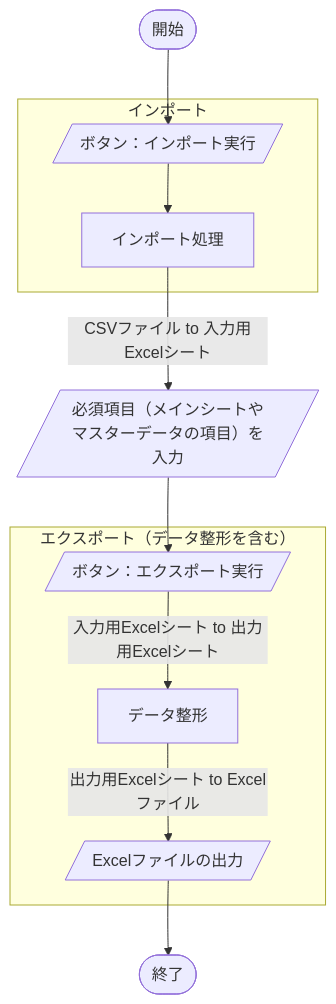
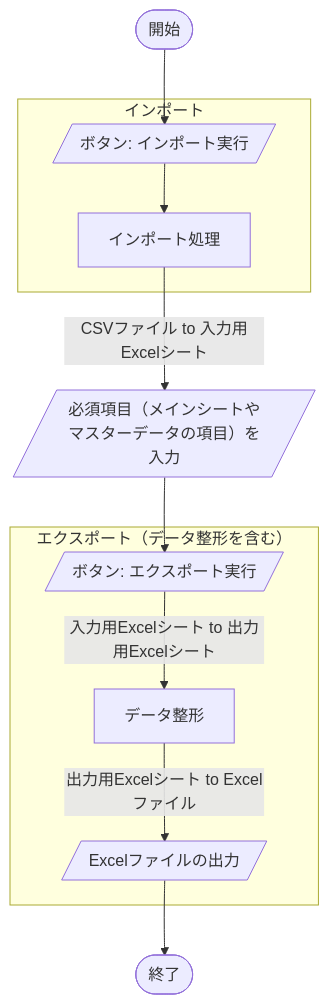
Before and after one commit to akiGAMEBOY/haretokidoki_zn: the diagram in articles/cb016a39a1562e.md, drawn with Mermaid. The commit also changed 23 other files, not shown here.

````diff
--- a/articles/cb016a39a1562e.md
+++ b/articles/cb016a39a1562e.md
@@ -44,14 +44,14 @@
 ```mermaid
 flowchart TB
-    A(["開始"]) --> B[/"ボタン：インポート実行"/]
+    A(["開始"]) --> B[/"ボタン: インポート実行"/]
     subgraph "インポート"
     B --> C["インポート処理"]
     end
     C -->|"CSVファイル to 入力用Excelシート"| D[/"必須項目（メインシートやマスターデータの項目）を入力"/]
-    D --> E[/"ボタン：エクスポート実行"/]
+    D --> E[/"ボタン: エクスポート実行"/]
     subgraph "エクスポート（データ整形を含む）"
     E --> |"入力用Excelシート to 出力用Excelシート"| F["データ整形"]
     F --> |"出力用Excelシート to Excelファイル"| G[/"Excelファイルの出力"/]
     end
     G --> H(["終了"])
 ```
````
